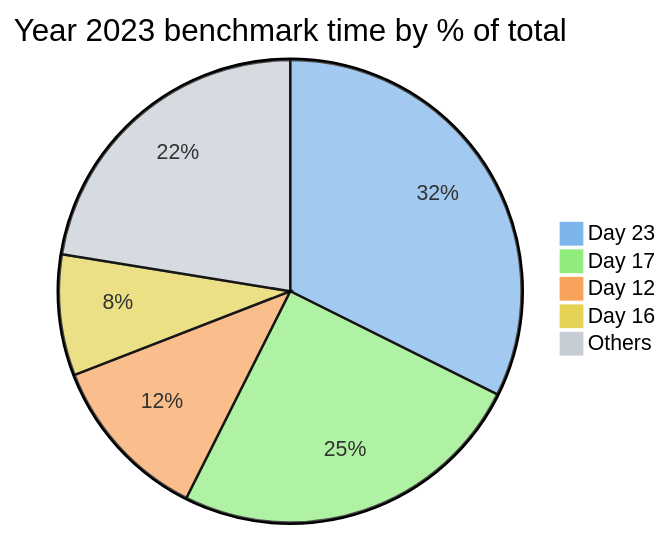
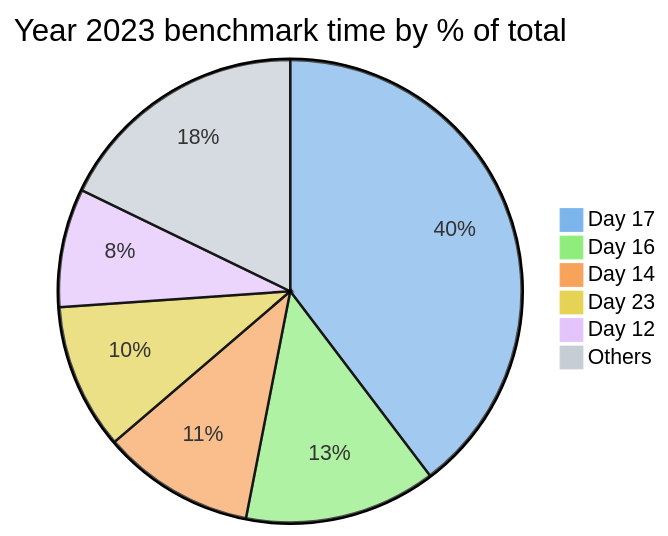
The second of 8 diagrams in README.md (maneatingape/advent-of-code-rust), drawn with Mermaid before and after one commit. The commit also changed other lines of this file, not shown here.

Commit message:
Update benchmark data

````diff
--- a/README.md
+++ b/README.md
@@ -89,10 +89,11 @@
 ```mermaid
-%%{init: {"themeVariables": { "pie1": "#7cb5ec", "pie2": "#90ed7d", "pie3": "#f7a35c", "pie4": "#e4d354", "pie5": "#c6cdd5"}}}%%
+%%{init: {"themeVariables": { "pie1": "#7cb5ec", "pie2": "#90ed7d", "pie3": "#f7a35c", "pie4": "#e4d354", "pie5": "#e4c4fb", "pie6": "#c6cdd5"}}}%%
 pie
     title Year 2023 benchmark time by % of total
-    "Day 23" : 3181
     "Day 17" : 2463
-    "Day 12" : 1150
     "Day 16" : 831
-    "Others" : 2206
+    "Day 14" : 661
+    "Day 23" : 632
+    "Day 12" : 514
+    "Others" : 1106
 ```
````
